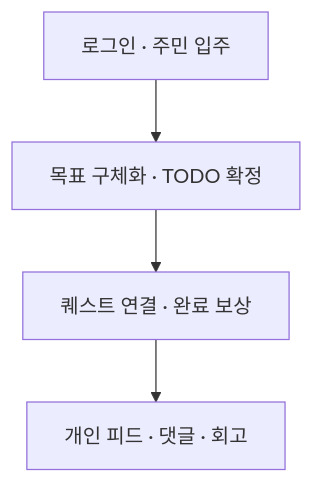
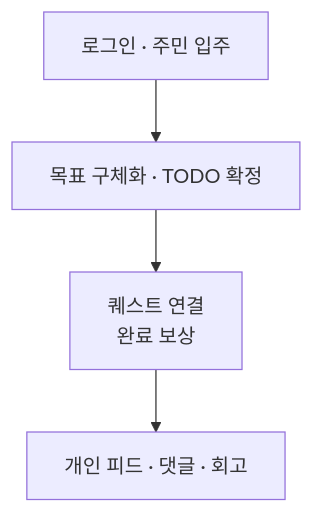
One commit to bigmooon/mongle-ai changed the first of 2 diagrams in README.md. Above: the diagram before and after it, drawn with Mermaid. The commit also changed other lines of this file and 2 other files, not shown here.

````diff
--- a/README.md
+++ b/README.md
@@ -30,8 +52,8 @@
 ```mermaid
 flowchart TB
     JOIN["로그인 · 주민 입주"]
     PLAN["목표 구체화 · TODO 확정"]
-    DO["퀘스트 연결 · 완료 보상"]
+    DO["퀘스트 연결<br/>완료 보상"]
     REVIEW["개인 피드 · 댓글 · 회고"]
     JOIN --> PLAN --> DO --> REVIEW
 ```
````
